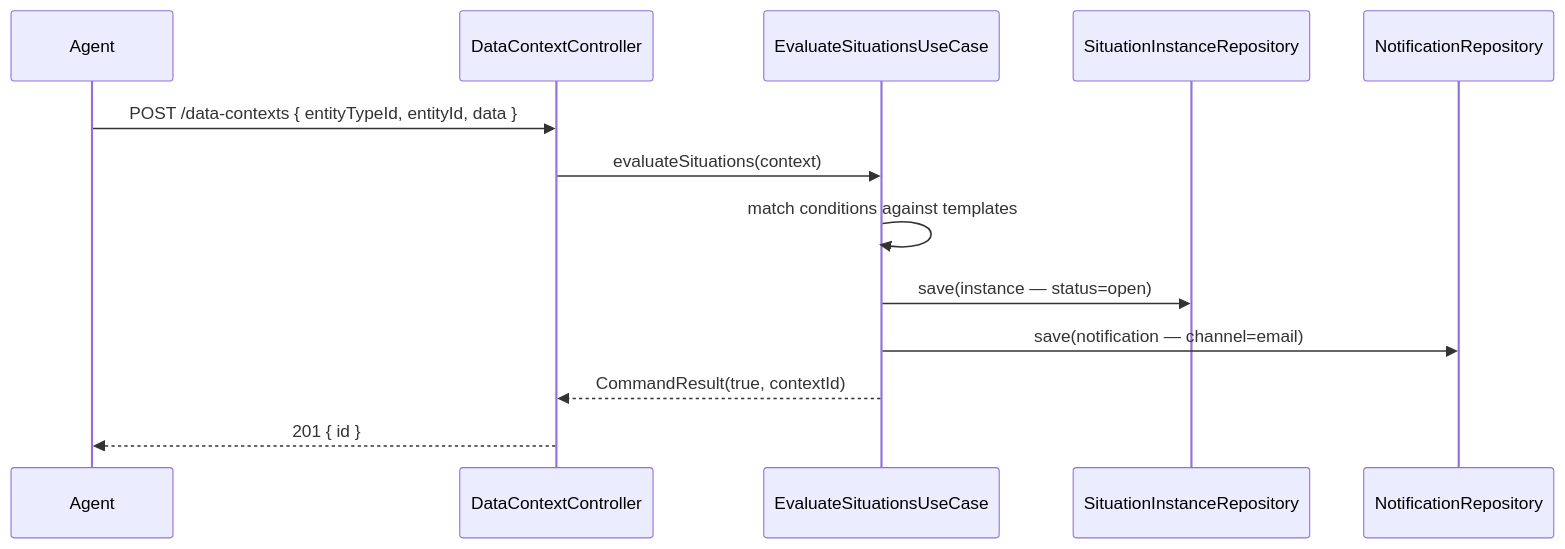
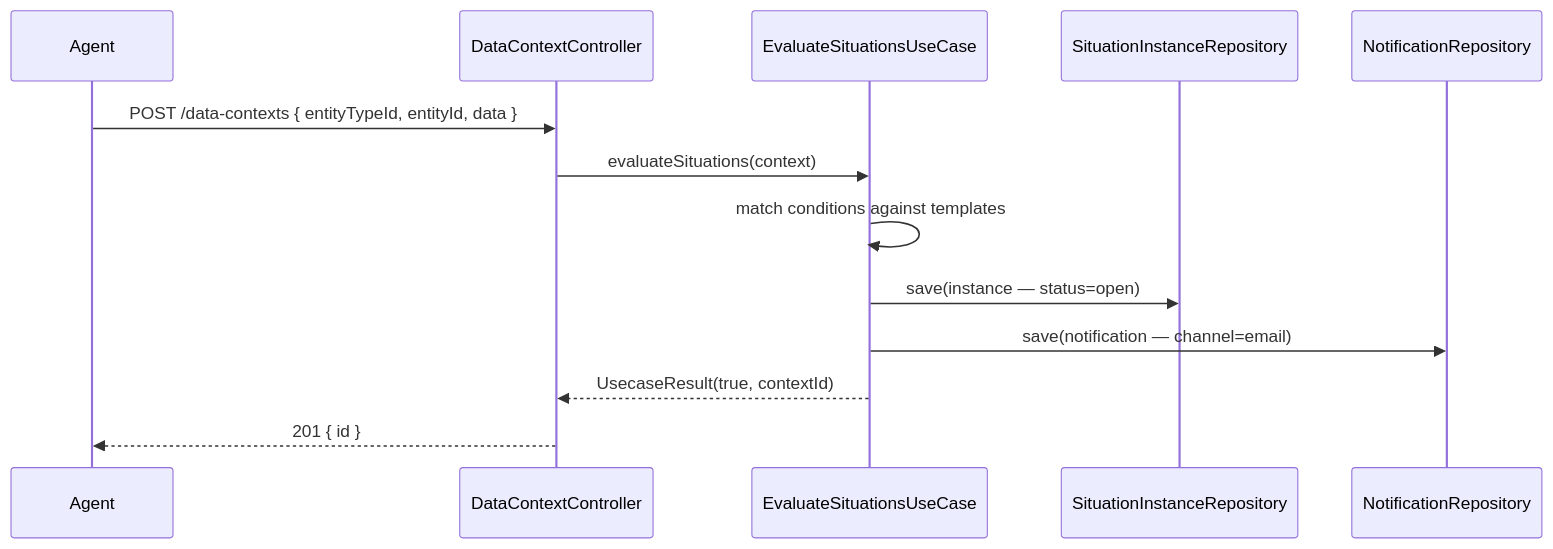
The third of 3 diagrams in situation-automation/UML.md (UIMSolutions/uim-platform), drawn with Mermaid before and after one commit. The commit also changed 907 other files, not shown here.

Commit message:
Rename CommandResult

````diff
--- a/situation-automation/UML.md
+++ b/situation-automation/UML.md
@@ -138,16 +138,16 @@
 ```mermaid
 sequenceDiagram
     participant Agent
     participant DCC as DataContextController
     participant EAUC as EvaluateSituationsUseCase
     participant SIR as SituationInstanceRepository
     participant NR as NotificationRepository
 
     Agent->>DCC: POST /data-contexts { entityTypeId, entityId, data }
     DCC->>EAUC: evaluateSituations(context)
     EAUC->>EAUC: match conditions against templates
     EAUC->>SIR: save(instance — status=open)
     EAUC->>NR: save(notification — channel=email)
-    EAUC-->>DCC: CommandResult(true, contextId)
+    EAUC-->>DCC: UsecaseResult(true, contextId)
     DCC-->>Agent: 201 { id }
 ```
````
